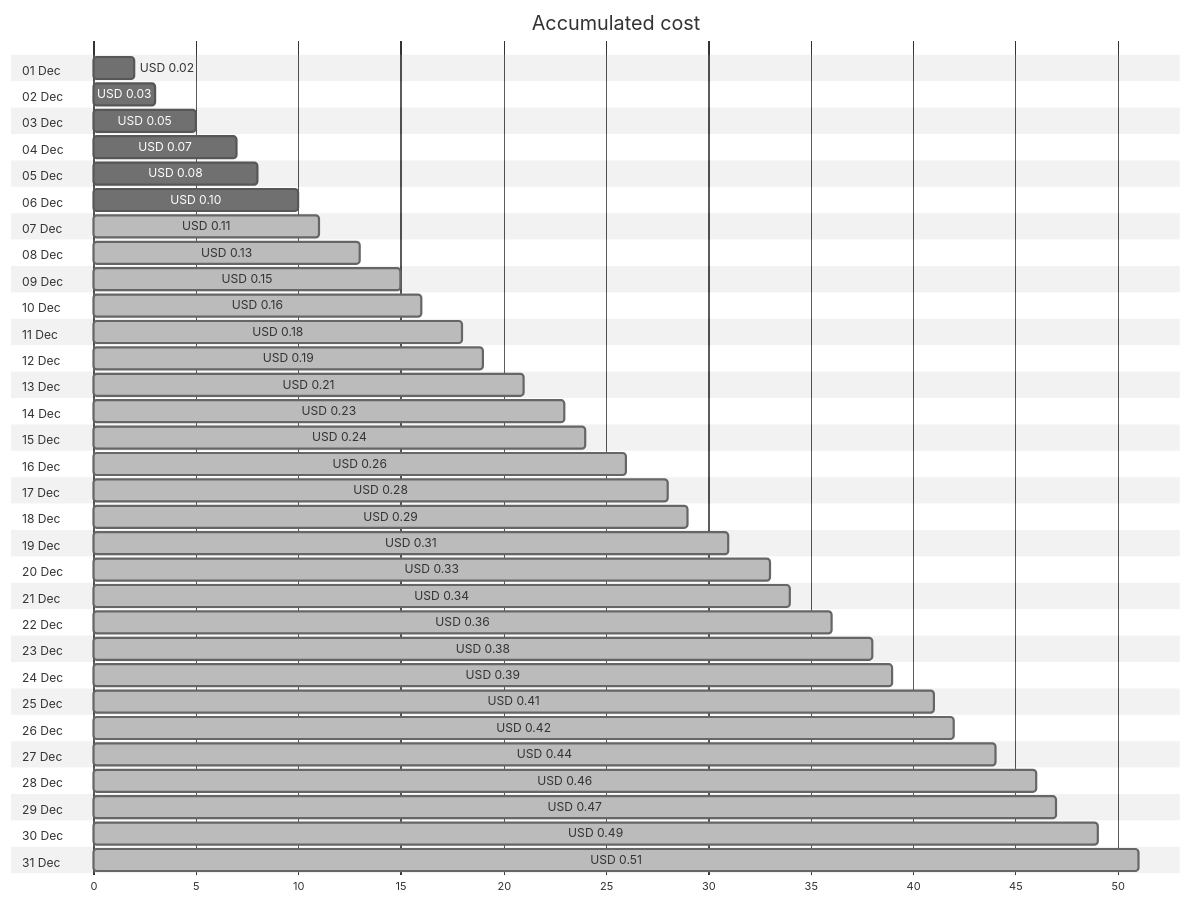
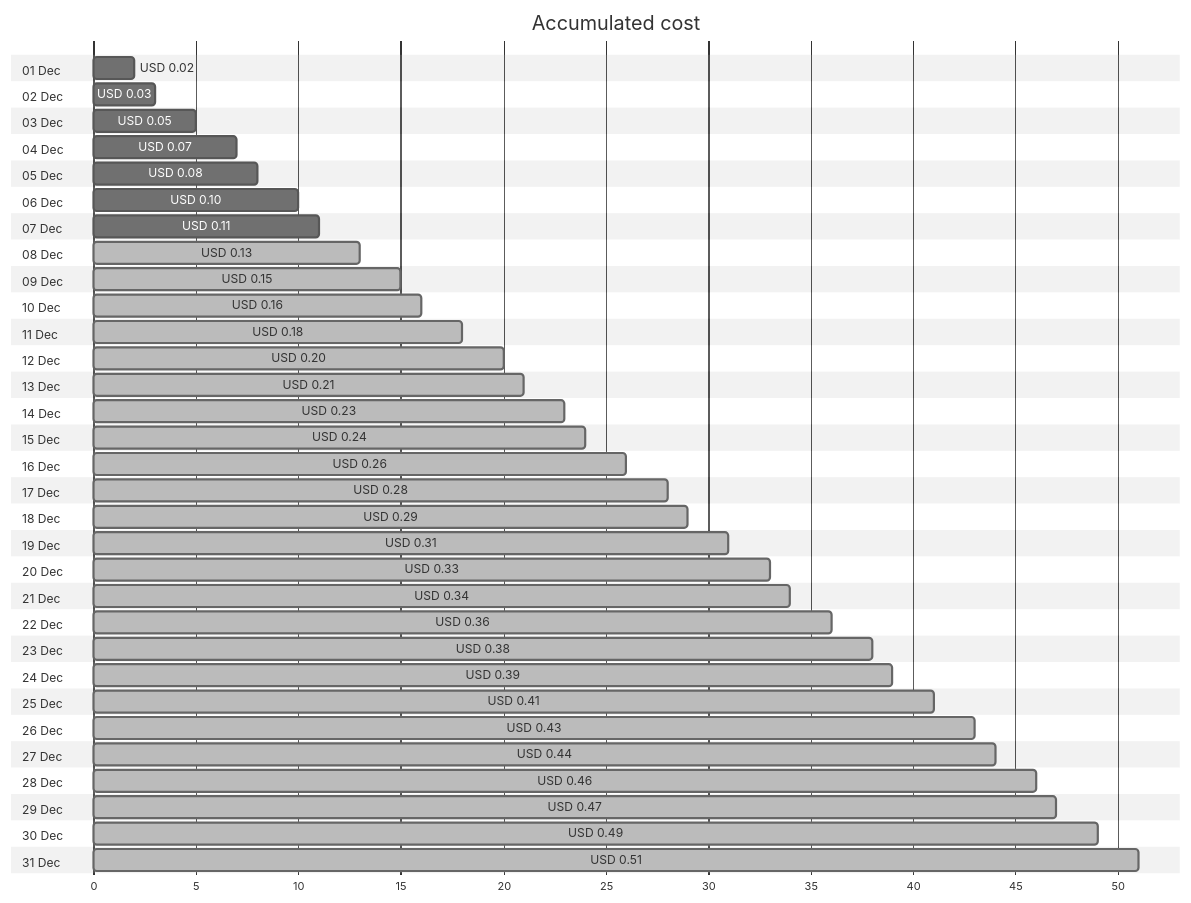
Before and after one commit to jpfulton/azure-personal-reports: the first of 4 diagrams in cost-reports/personal-dns/jpatrickfulton.com.md, drawn with Mermaid (neutral theme). The commit also changed other lines of this file and 2 other files, not shown here.

````diff
--- a/cost-reports/personal-dns/jpatrickfulton.com.md
+++ b/cost-reports/personal-dns/jpatrickfulton.com.md
@@ -20,68 +20,68 @@
 ```mermaid
 gantt
    title Accumulated cost
    dateFormat  X
    axisFormat %s
    section 01 Dec
    USD 0.02 :0, 2
    section 02 Dec
    USD 0.03 :0, 3
    section 03 Dec
    USD 0.05 :0, 5
    section 04 Dec
    USD 0.07 :0, 7
    section 05 Dec
    USD 0.08 :0, 8
    section 06 Dec
    USD 0.10 :0, 10
    section 07 Dec
-   USD 0.11 : done, 0, 11
+   USD 0.11 :0, 11
    section 08 Dec
    USD 0.13 : done, 0, 13
    section 09 Dec
    USD 0.15 : done, 0, 15
    section 10 Dec
    USD 0.16 : done, 0, 16
    section 11 Dec
    USD 0.18 : done, 0, 18
    section 12 Dec
-   USD 0.19 : done, 0, 19
+   USD 0.20 : done, 0, 20
    section 13 Dec
    USD 0.21 : done, 0, 21
    section 14 Dec
    USD 0.23 : done, 0, 23
    section 15 Dec
    USD 0.24 : done, 0, 24
    section 16 Dec
    USD 0.26 : done, 0, 26
    section 17 Dec
    USD 0.28 : done, 0, 28
    section 18 Dec
    USD 0.29 : done, 0, 29
    section 19 Dec
    USD 0.31 : done, 0, 31
    section 20 Dec
    USD 0.33 : done, 0, 33
    section 21 Dec
    USD 0.34 : done, 0, 34
    section 22 Dec
    USD 0.36 : done, 0, 36
    section 23 Dec
    USD 0.38 : done, 0, 38
    section 24 Dec
    USD 0.39 : done, 0, 39
    section 25 Dec
    USD 0.41 : done, 0, 41
    section 26 Dec
-   USD 0.42 : done, 0, 42
+   USD 0.43 : done, 0, 43
    section 27 Dec
    USD 0.44 : done, 0, 44
    section 28 Dec
    USD 0.46 : done, 0, 46
    section 29 Dec
    USD 0.47 : done, 0, 47
    section 30 Dec
    USD 0.49 : done, 0, 49
    section 31 Dec
    USD 0.51 : done, 0, 51
 ```
````
